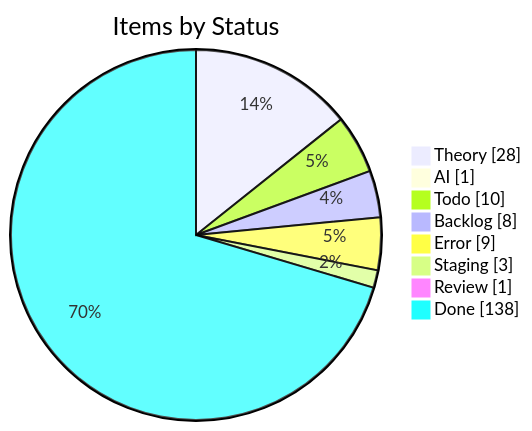
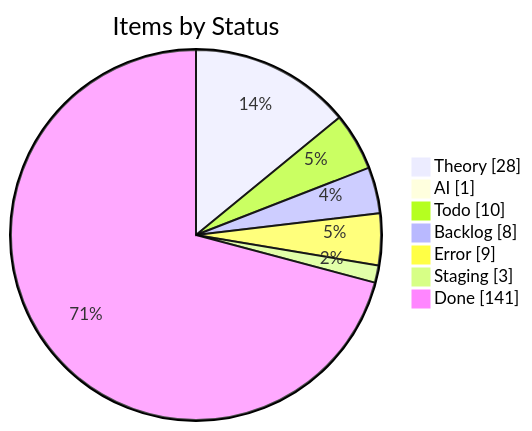
The first of 4 diagrams in apps/kbve/astro-kbve/src/content/docs/dashboard/kanban-data.mdx (KBVE/kbve), drawn with Mermaid before and after one commit. The commit also changed other lines of this file and 7 other files, not shown here.

````diff
--- a/apps/kbve/astro-kbve/src/content/docs/dashboard/kanban-data.mdx
+++ b/apps/kbve/astro-kbve/src/content/docs/dashboard/kanban-data.mdx
@@ -55,12 +55,11 @@
 ```mermaid
 pie showData
     title Items by Status
     "Theory" : 28
     "AI" : 1
     "Todo" : 10
     "Backlog" : 8
     "Error" : 9
     "Staging" : 3
-    "Review" : 1
-    "Done" : 138
+    "Done" : 141
 ```
````
